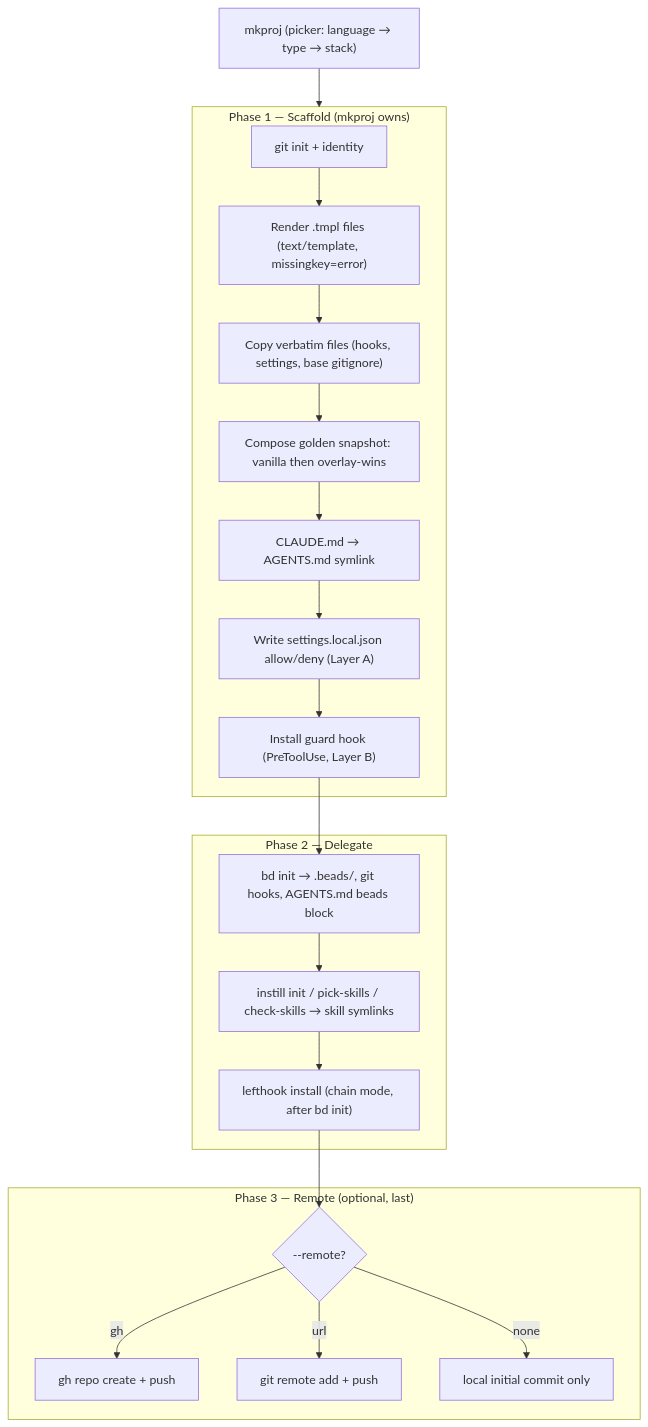
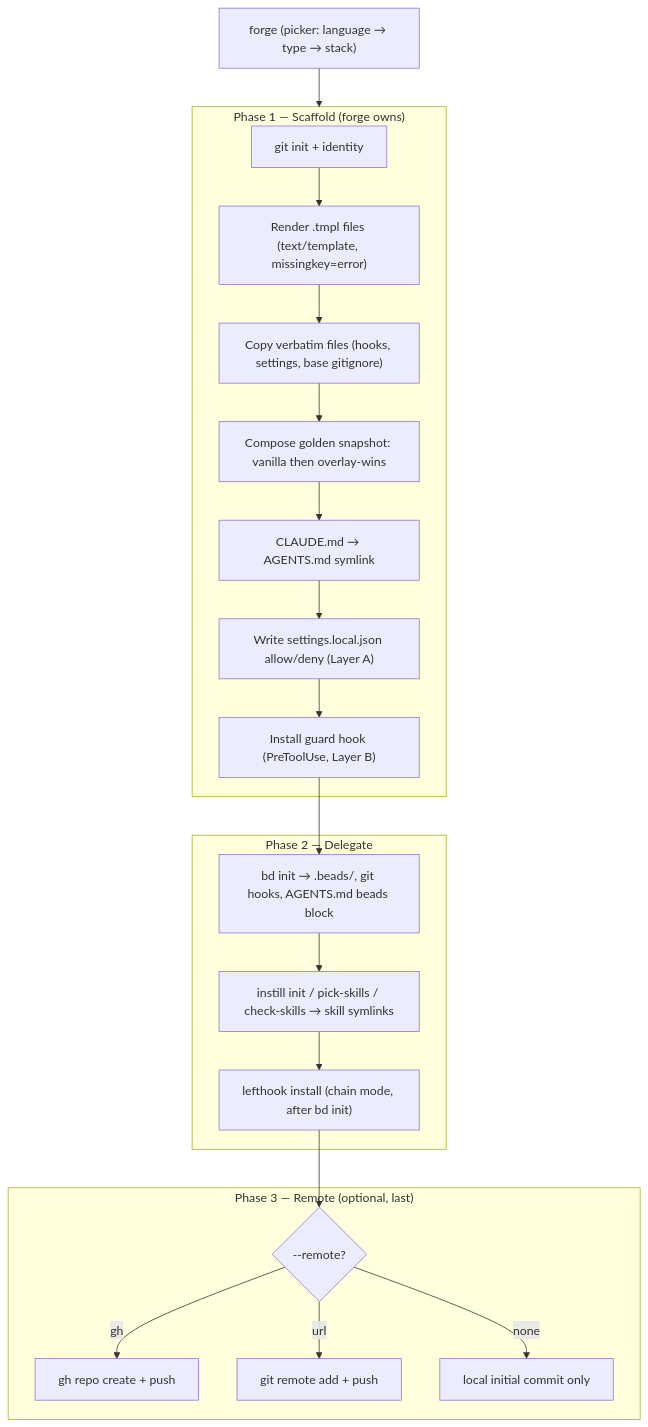
The first of 2 diagrams in docs/SPEC.md (AvogadroSG1/agentic_template_start), drawn with Mermaid before and after one commit. The commit also changed other lines of this file and 88 other files, not shown here.

Commit message:
Rename the CLI from mkproj to forge (#38)

````diff
--- a/docs/SPEC.md
+++ b/docs/SPEC.md
@@ -76,23 +76,23 @@
 ```mermaid
 flowchart TD
-    A["mkproj (picker: language → type → stack)"] --> P1
-    subgraph P1["Phase 1 — Scaffold (mkproj owns)"]
+    A["forge (picker: language → type → stack)"] --> P1
+    subgraph P1["Phase 1 — Scaffold (forge owns)"]
         B["git init + identity"] --> C["Render .tmpl files (text/template, missingkey=error)"]
         C --> D["Copy verbatim files (hooks, settings, base gitignore)"]
         D --> E["Compose golden snapshot: vanilla then overlay-wins"]
         E --> F["CLAUDE.md → AGENTS.md symlink"]
         F --> G["Write settings.local.json allow/deny (Layer A)"]
         G --> H["Install guard hook (PreToolUse, Layer B)"]
     end
     subgraph P2["Phase 2 — Delegate"]
         H --> I["bd init → .beads/, git hooks, AGENTS.md beads block"]
         I --> J["instill init / pick-skills / check-skills → skill symlinks"]
         J --> K["lefthook install (chain mode, after bd init)"]
     end
     subgraph P3["Phase 3 — Remote (optional, last)"]
         K --> L{"--remote?"}
         L -->|gh| M["gh repo create + push"]
         L -->|url| N["git remote add + push"]
         L -->|none| O["local initial commit only"]
     end
 ```
````
